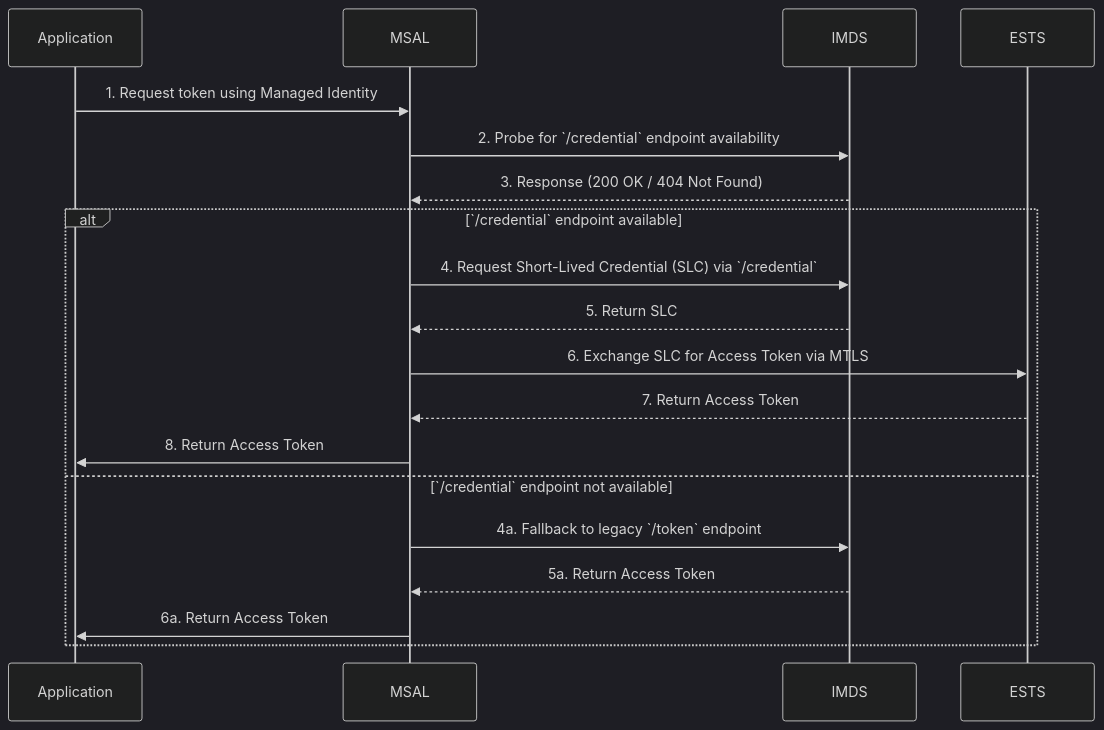
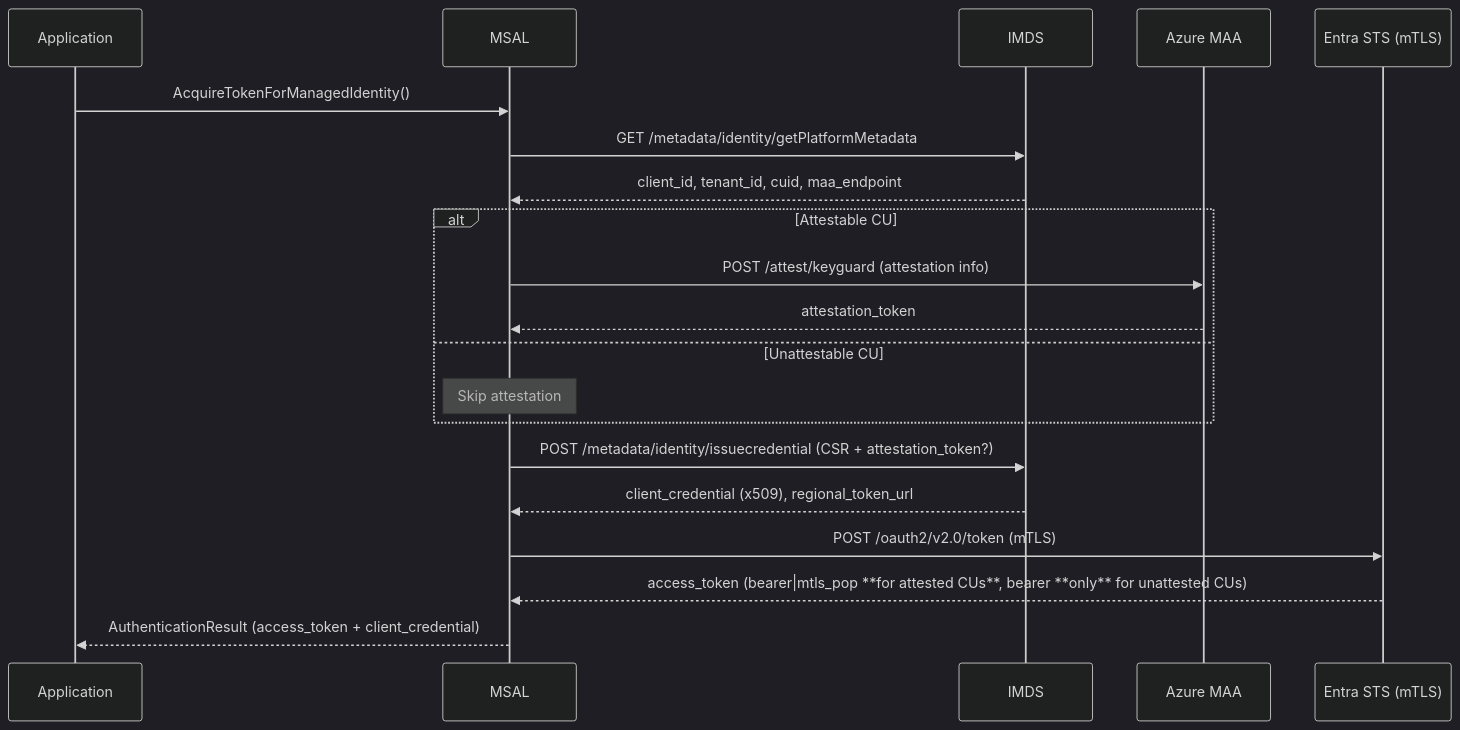
Before and after one commit to AzureAD/microsoft-authentication-library-for-dotnet: the diagram in docs/msi_v2/msi_with_credential_design.md, drawn with Mermaid (dark theme). The commit also changed other lines of this file, not shown here.

````diff
--- a/docs/msi_v2/msi_with_credential_design.md
+++ b/docs/msi_v2/msi_with_credential_design.md
@@ -19,23 +19,26 @@
 ```mermaid
 sequenceDiagram
-    participant Application
+    participant App as Application
     participant MSAL
     participant IMDS
-    participant ESTS
+    participant MAA as Azure MAA
+    participant ESTS as Entra STS (mTLS)
 
-    Application ->> MSAL: 1. Request token using Managed Identity
-    MSAL ->> IMDS: 2. Probe for `/credential` endpoint availability
-    IMDS -->> MSAL: 3. Response (200 OK / 404 Not Found)
+    App  ->> MSAL: AcquireTokenForManagedIdentity()
+    MSAL ->> IMDS: GET /metadata/identity/getPlatformMetadata
+    IMDS -->> MSAL: client_id, tenant_id, cuid, maa_endpoint
 
-    alt `/credential` endpoint available
-        MSAL ->> IMDS: 4. Request Short-Lived Credential (SLC) via `/credential`
-        IMDS -->> MSAL: 5. Return SLC
-        MSAL ->> ESTS: 6. Exchange SLC for Access Token via MTLS
-        ESTS -->> MSAL: 7. Return Access Token
-        MSAL ->> Application: 8. Return Access Token
-    else `/credential` endpoint not available
-        MSAL ->> IMDS: 4a. Fallback to legacy `/token` endpoint
-        IMDS -->> MSAL: 5a. Return Access Token
-        MSAL ->> Application: 6a. Return Access Token
+    alt Attestable CU
+        MSAL ->> MAA: POST /attest/keyguard (attestation info)
+        MAA  -->> MSAL: attestation_token
+    else Unattestable CU
+        Note over MSAL: Skip attestation
     end
+
+    MSAL ->> IMDS: POST /metadata/identity/issuecredential (CSR + attestation_token?)
+    IMDS -->> MSAL: client_credential (x509), regional_token_url
+
+    MSAL ->> ESTS: POST /oauth2/v2.0/token (mTLS)
+    ESTS -->> MSAL: access_token (bearer|mtls_pop **for attested CUs**, bearer **only** for unattested CUs)
+    MSAL -->> App : AuthenticationResult (access_token + client_credential)
 ```
````
